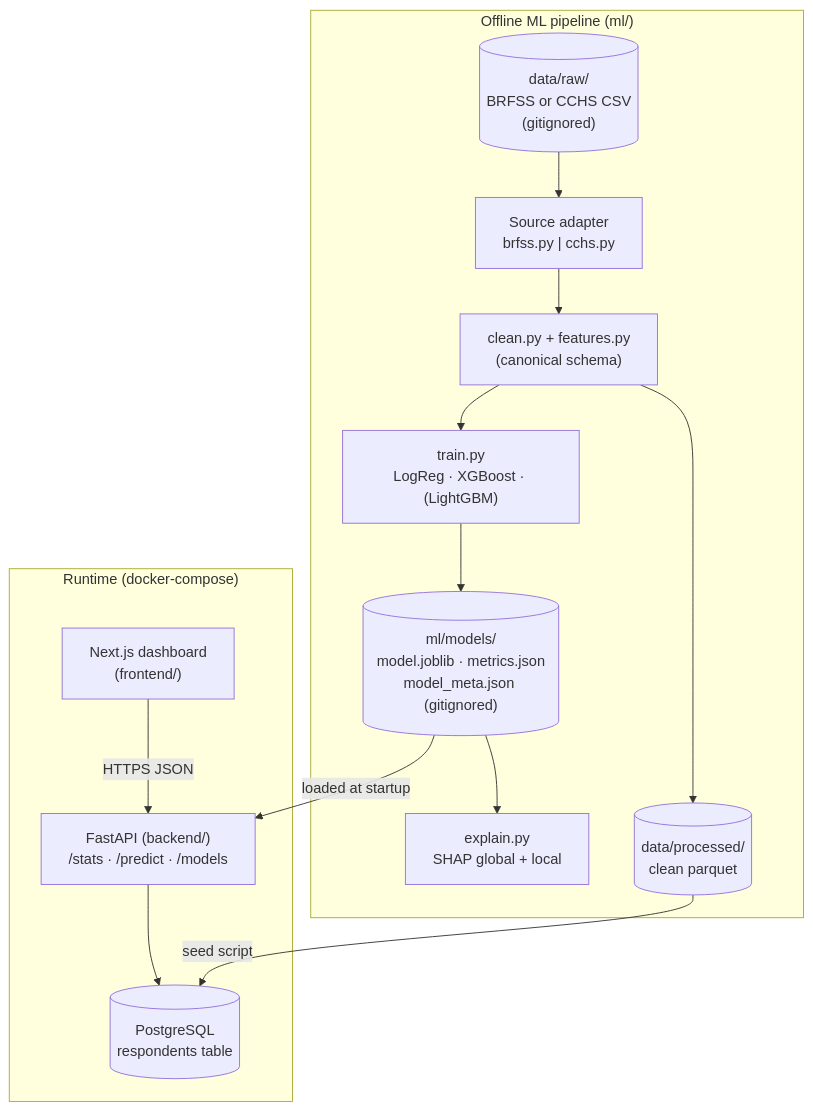
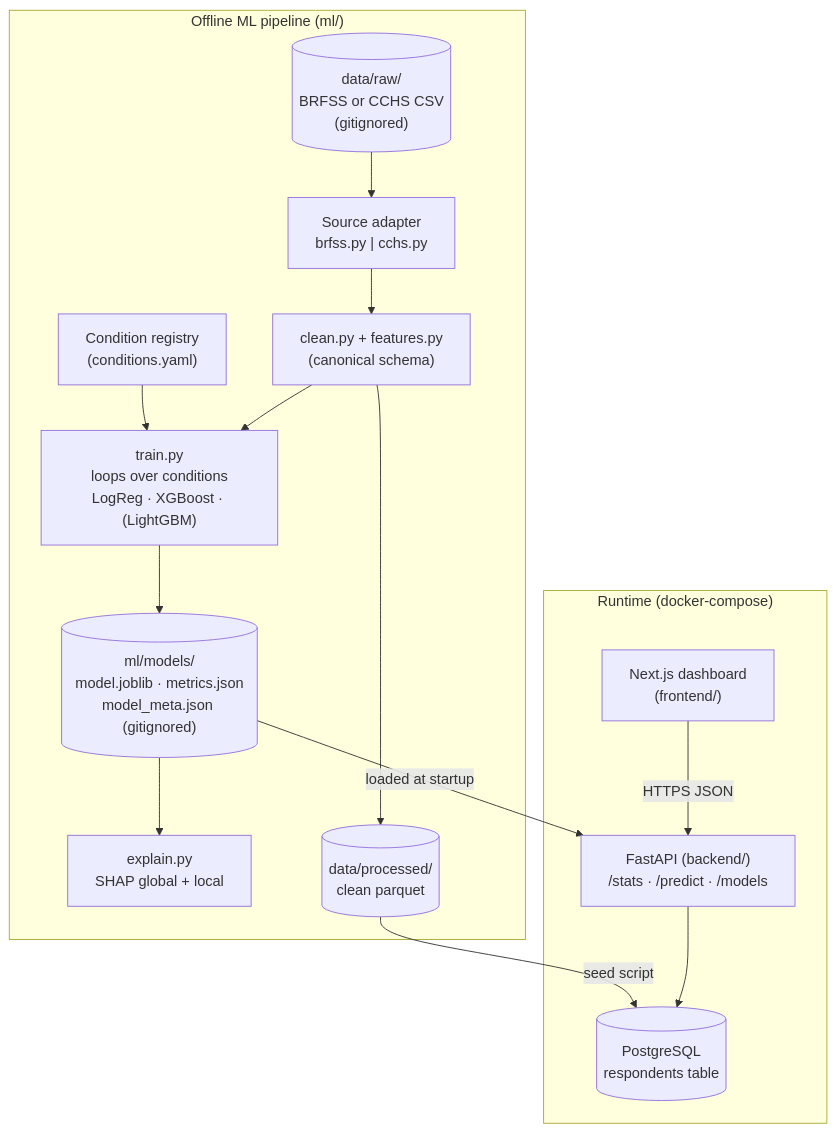
The first of 5 diagrams in healthlens-todo.md (Haard2705/HealthLens), drawn with Mermaid before and after one commit. The commit also changed other lines of this file and 1 other file, not shown here.

First line of the commit message:
docs: plan multi-condition support with a condition registry (H49, H50) (#6)

````diff
--- a/healthlens-todo.md
+++ b/healthlens-todo.md
@@ -176,25 +176,27 @@
 ```mermaid
 graph TB
     subgraph OFFLINE["Offline ML pipeline (ml/)"]
         RAW[("data/raw/<br/>BRFSS or CCHS CSV<br/>(gitignored)")]
         ADP["Source adapter<br/>brfss.py | cchs.py"]
         CLN["clean.py + features.py<br/>(canonical schema)"]
-        TRN["train.py<br/>LogReg · XGBoost · (LightGBM)"]
+        REG["Condition registry<br/>(conditions.yaml)"]
+        TRN["train.py<br/>loops over conditions<br/>LogReg · XGBoost · (LightGBM)"]
+        REG --> TRN
         EXP["explain.py<br/>SHAP global + local"]
         ART[("ml/models/<br/>model.joblib · metrics.json<br/>model_meta.json (gitignored)")]
         RAW --> ADP --> CLN --> TRN --> ART
         ART --> EXP
         CLN --> PROC[("data/processed/<br/>clean parquet")]
     end
 
     subgraph RUNTIME["Runtime (docker-compose)"]
         FE["Next.js dashboard<br/>(frontend/)"]
         API["FastAPI (backend/)<br/>/stats · /predict · /models"]
         PG[("PostgreSQL<br/>respondents table")]
     end
 
     PROC -->|seed script| PG
     ART -->|loaded at startup| API
     FE -->|HTTPS JSON| API
     API --> PG
 ```
````
